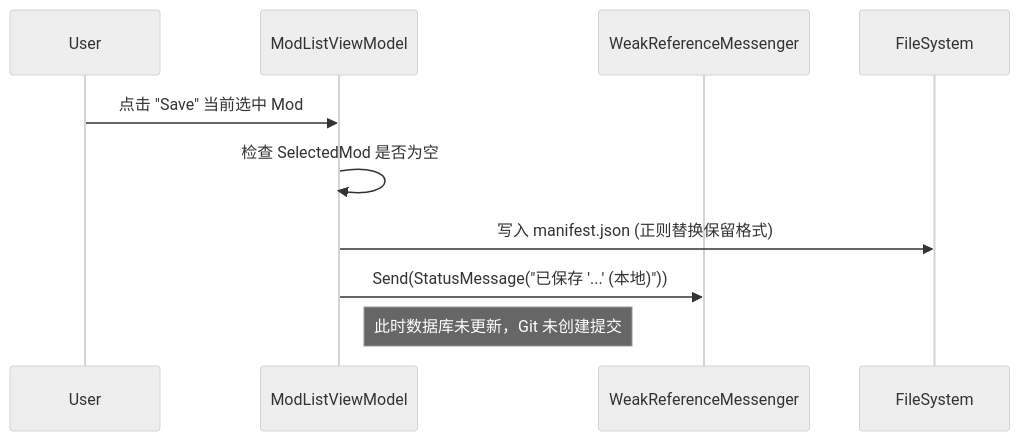
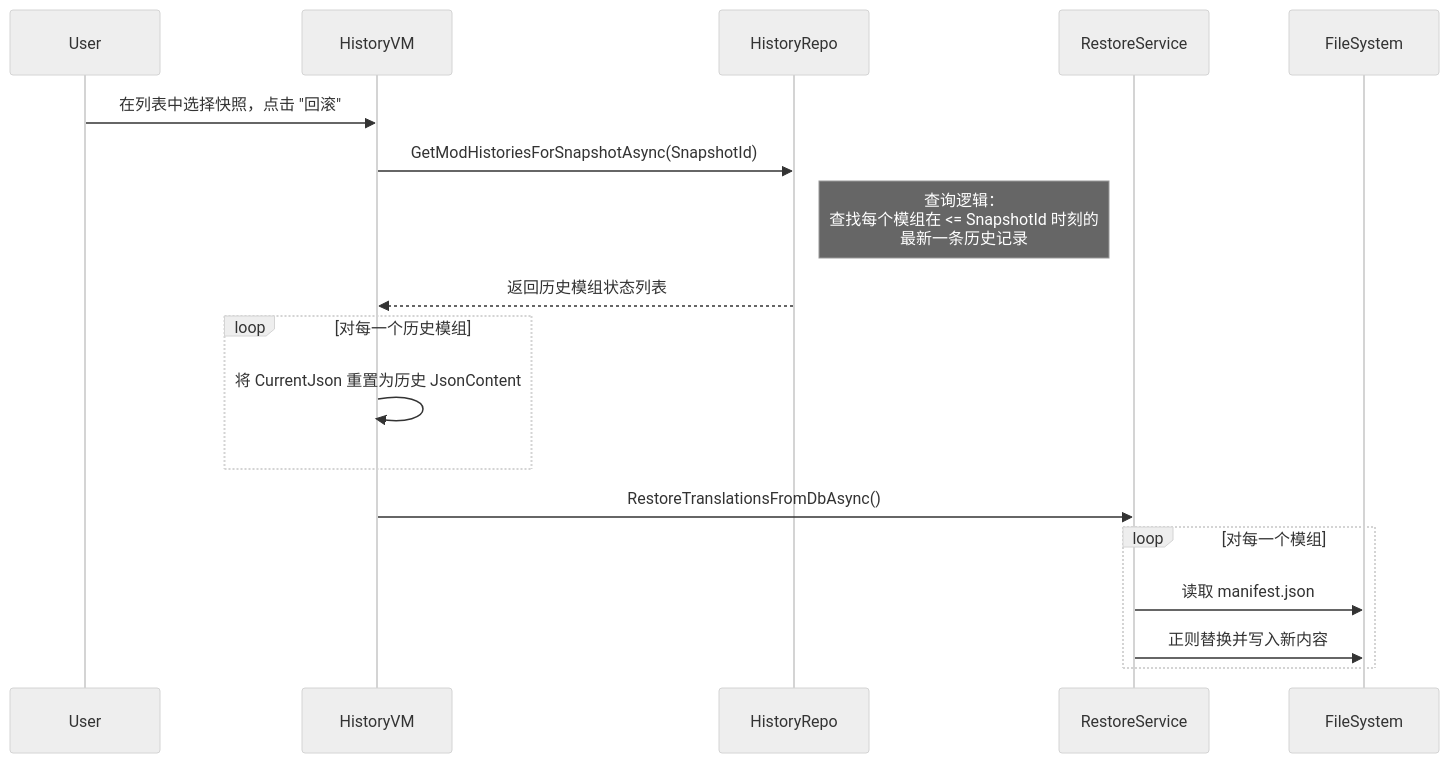
The third of 3 diagrams in docs/ARCHITECTURE.md (Sisyphean-a/SMTMS), drawn with Mermaid (neutral theme) before and after one commit. The commit also changed other lines of this file and 39 other files, not shown here.

````diff
--- a/docs/ARCHITECTURE.md
+++ b/docs/ARCHITECTURE.md
@@ -298,14 +101,25 @@
 ```mermaid
 sequenceDiagram
-    participant U as User
-    participant ModListVM as ModListViewModel
-    participant Msg as WeakReferenceMessenger
-    participant FS as FileSystem
+    participant User
+    participant HistoryVM
+    participant HistoryRepo
+    participant RestoreService
+    participant FileSystem
 
-    U->>ModListVM: 点击 "Save" 当前选中 Mod
-    ModListVM->>ModListVM: 检查 SelectedMod 是否为空
-
-    ModListVM->>FS: 写入 manifest.json (正则替换保留格式)
-    ModListVM->>Msg: Send(StatusMessage("已保存 '...' (本地)"))
-    note right of ModListVM: 此时数据库未更新，Git 未创建提交
+    User->>HistoryVM: 在列表中选择快照，点击 "回滚"
+    HistoryVM->>HistoryRepo: GetModHistoriesForSnapshotAsync(SnapshotId)
+    
+    note right of HistoryRepo: 查询逻辑：<br/>查找每个模组在 <= SnapshotId 时刻的<br/>最新一条历史记录
+    
+    HistoryRepo-->>HistoryVM: 返回历史模组状态列表
+    
+    loop 对每一个历史模组
+        HistoryVM->>HistoryVM: 将 CurrentJson 重置为历史 JsonContent
+    end
+    
+    HistoryVM->>RestoreService: RestoreTranslationsFromDbAsync()
+    loop 对每一个模组
+        RestoreService->>FileSystem: 读取 manifest.json
+        RestoreService->>FileSystem: 正则替换并写入新内容
+    end
 ```
````
